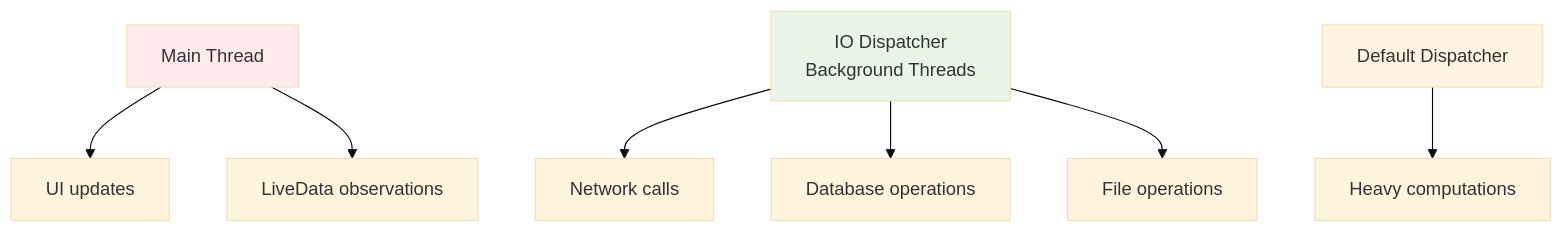
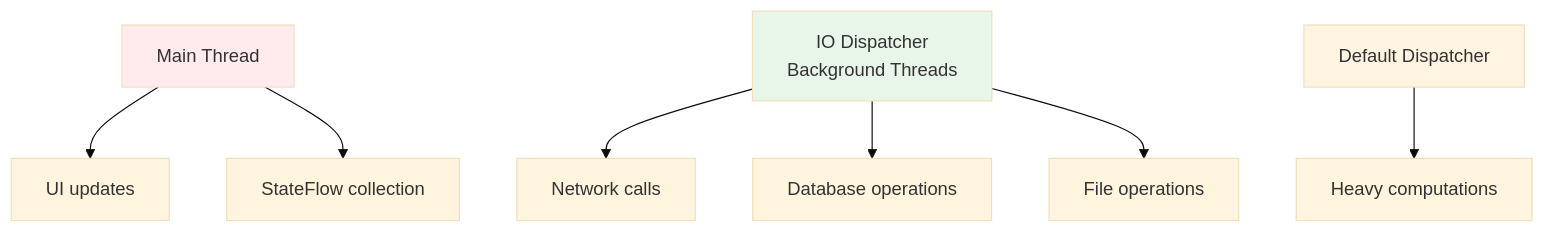
Before and after one commit to alebianco/chronicle: the fifth of 5 diagrams in backlog/docs/reference/02-architecture.md, drawn with Mermaid (base theme). The commit also changed other lines of this file and 7 other files, not shown here.

````diff
--- a/backlog/docs/reference/02-architecture.md
+++ b/backlog/docs/reference/02-architecture.md
@@ -168,23 +176,23 @@
 ```mermaid
 graph TD
     A[Main Thread]
     B[UI updates]
-    C[LiveData observations]
+    C[StateFlow collection]
     D[IO Dispatcher<br/>Background Threads]
     E[Network calls]
     F[Database operations]
     G[File operations]
     H[Default Dispatcher]
     I[Heavy computations]
     
     A --> B
     A --> C
     D --> E
     D --> F
     D --> G
     H --> I
     
     style A fill:#ffebee
     style D fill:#e8f5e9
     style H fill:#fff4e1
 ```
````
